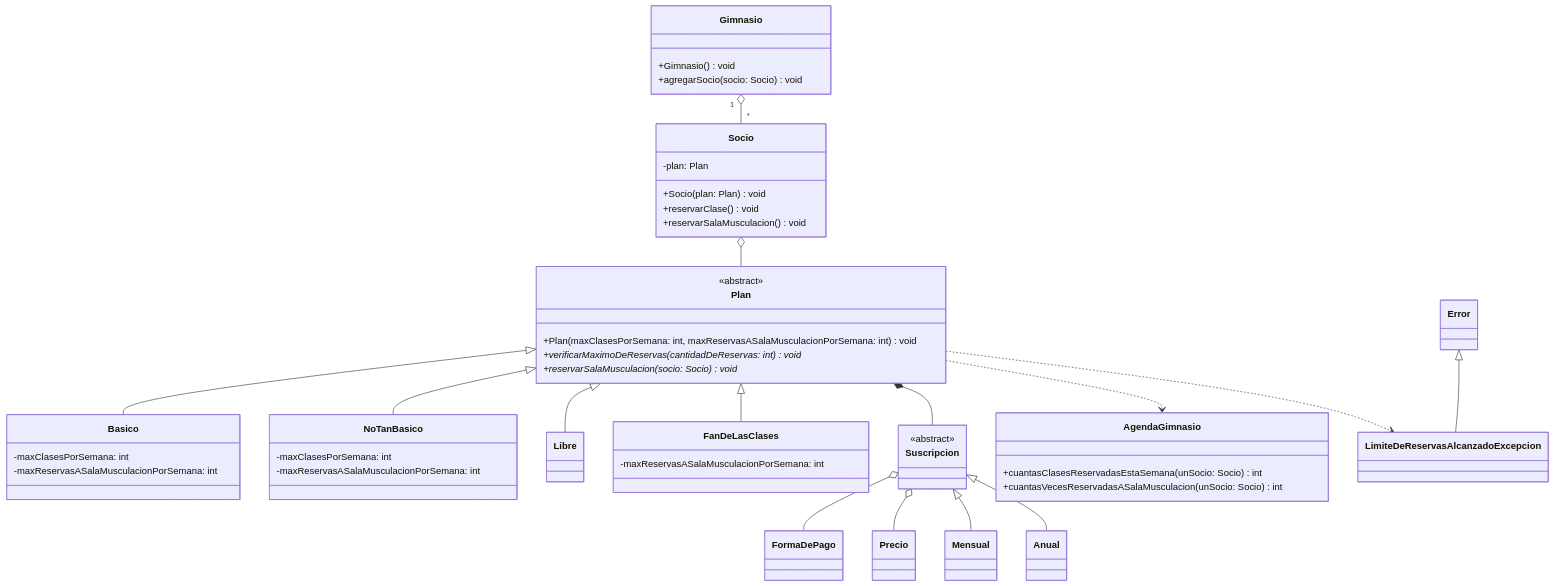
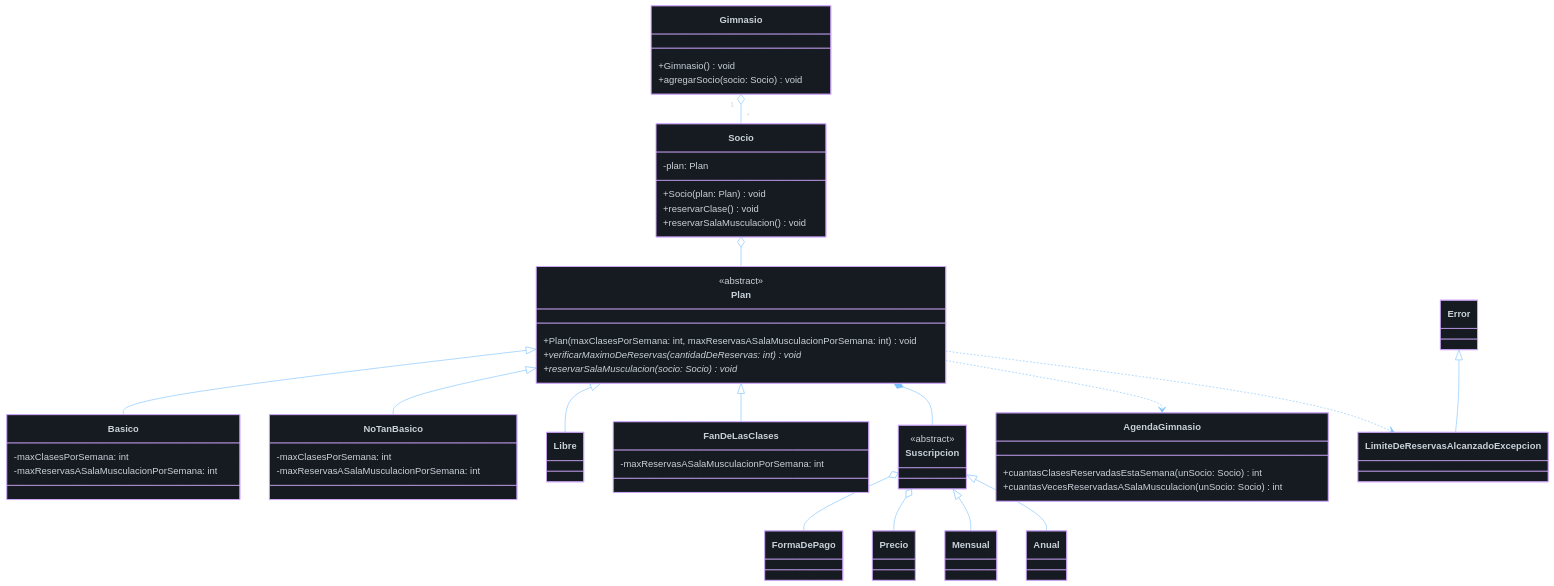
Before and after one commit to micayaque/fiuba-paradigmas: the first of 3 diagrams in parciales-resueltos/gimnasio/README.md, drawn with Mermaid. The commit also changed other lines of this file and 8 other files, not shown here.

Commit message:
reemplazo los diagramas en puml por los de mermaid en el parcial del gimnasio

````diff
--- a/parciales-resueltos/gimnasio/README.md
+++ b/parciales-resueltos/gimnasio/README.md
@@ -27,6 +27,28 @@
 ```mermaid
+%%{init: {
+  "theme": "base",
+  "themeVariables": {
+    "background": "#0f1117",
+    "primaryColor": "#161b22",
+    "primaryBorderColor": "#d2a8ff",
+    "primaryTextColor": "#c9d1d9",
+    "secondaryColor": "#161b22",
+    "tertiaryColor": "#30363d",
+    "lineColor": "#79c0ff",
+    "textColor": "#c9d1d9",
+    "classText": "#c9d1d9",
+    "mainBkg": "#161b22",
+    "nodeBorder": "#d2a8ff",
+    "clusterBkg": "#161b22",
+    "clusterBorder": "#30363d",
+    "titleColor": "#c9d1d9",
+    "edgeLabelBackground": "#0f1117",
+    "fontFamily": "Consolas, monospace"
+  }
+}}%%
+classDiagram
+    title Diagrama de clases del sistema de reservas del gimnasio
 
-classDiagram
     class Gimnasio {
         +Gimnasio() void
         +agregarSocio(socio: Socio) void
````
